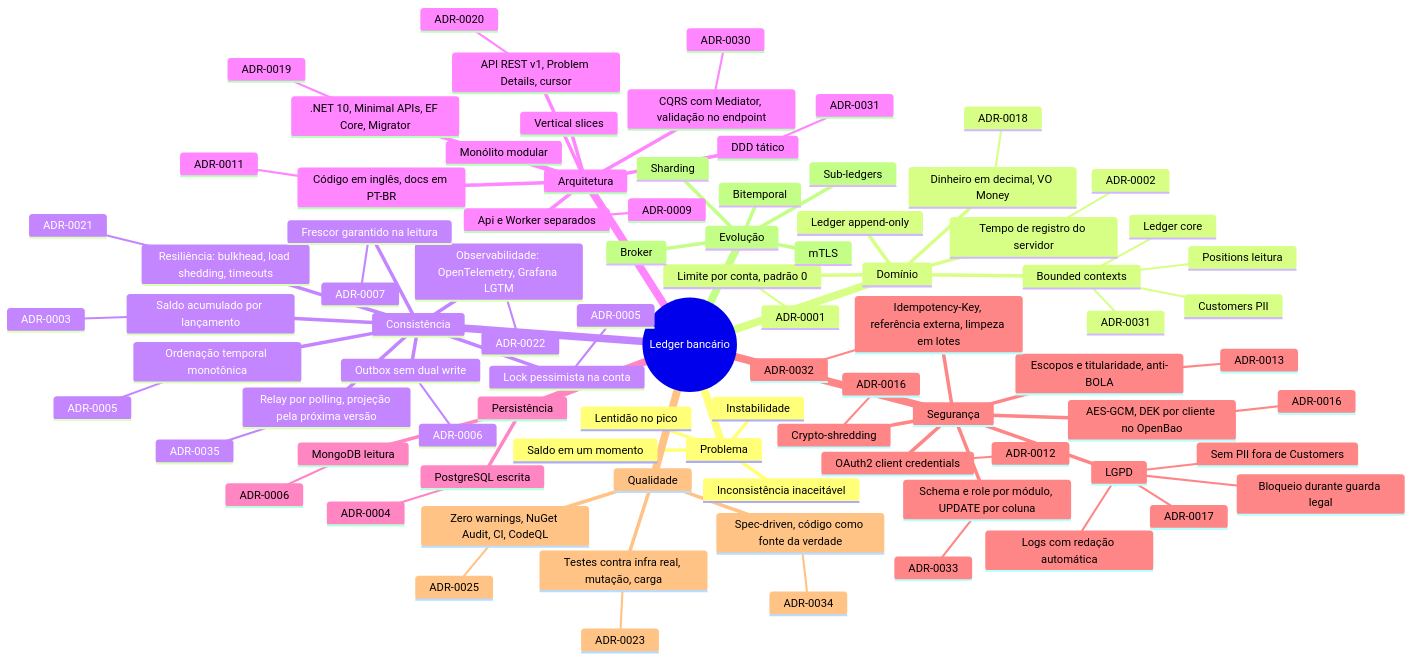
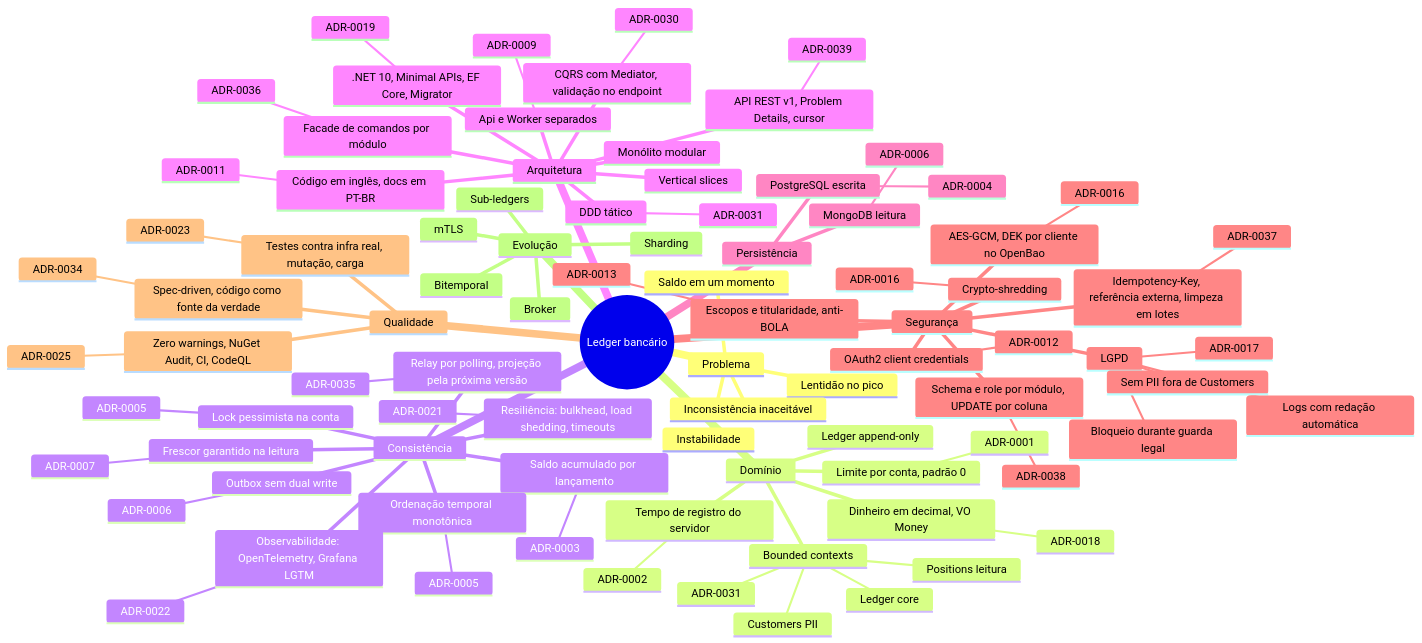
One commit to arthuurw/desafio-arquiteto-keyrus changed the first of 2 diagrams in docs/mapa-de-decisoes.md. Above: the diagram before and after it, drawn with Mermaid. The commit also changed other lines of this file and 50 other files, not shown here.

```diff
--- a/docs/mapa-de-decisoes.md
+++ b/docs/mapa-de-decisoes.md
@@ -68,10 +68,12 @@
         ADR-0009
       CQRS com Mediator, validação no endpoint
         ADR-0030
+      Facade de comandos por módulo
+        ADR-0036
       .NET 10, Minimal APIs, EF Core, Migrator
         ADR-0019
       API REST v1, Problem Details, cursor
-        ADR-0020
+        ADR-0039
       Código em inglês, docs em PT-BR
         ADR-0011
     Persistência
@@ -85,9 +87,9 @@
       Escopos e titularidade, anti-BOLA
         ADR-0013
       Idempotency-Key, referência externa, limpeza em lotes
-        ADR-0032
+        ADR-0037
       Schema e role por módulo, UPDATE por coluna
-        ADR-0033
+        ADR-0038
       AES-GCM, DEK por cliente no OpenBao
         ADR-0016
       Crypto-shredding
```
